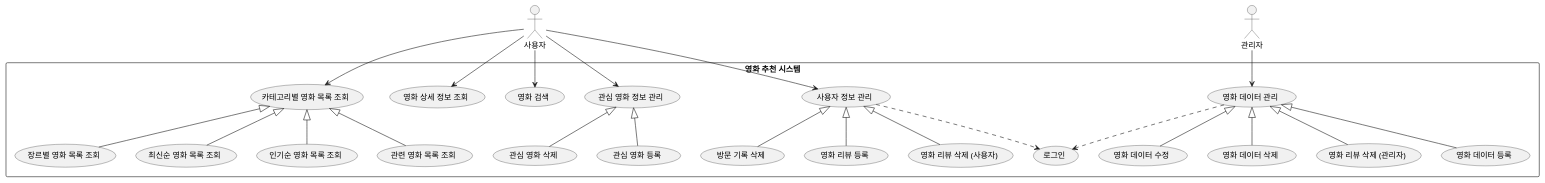
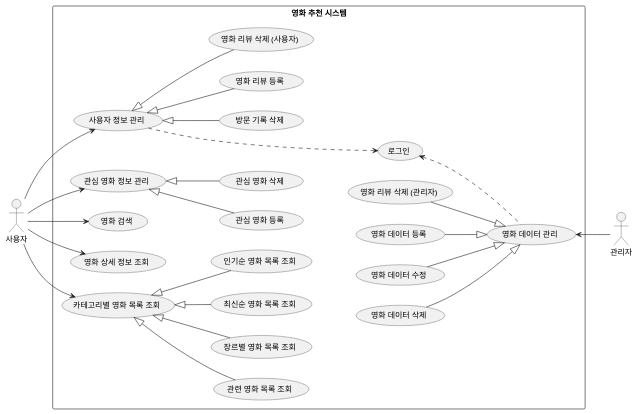
Before and after one commit to marmot8080/SWE: the diagram in src/useCase.puml, drawn with PlantUML.

Commit message:
update/ Modify usecase diagram
Modify arrow direction in use case diagram

```diff
--- a/src/useCase.puml
+++ b/src/useCase.puml
@@ -1,55 +1,56 @@
 @startuml
 
+left to right direction
 actor "사용자" as user
 actor "관리자" as admin
 
 rectangle "영화 추천 시스템" as MR {
     usecase "로그인" as UC01
     usecase "사용자 정보 관리" as UC02
     usecase "방문 기록 삭제" as UC03
     usecase "영화 리뷰 등록" as UC04
     usecase "영화 리뷰 삭제 (사용자)" as UC05
     usecase "관심 영화 정보 관리" as UC06
     usecase "관심 영화 등록" as UC07
     usecase "관심 영화 삭제" as UC08
     usecase "영화 검색" as UC09
     usecase "영화 상세 정보 조회" as UC10
     usecase "카테고리별 영화 목록 조회" as UC11
     usecase "관련 영화 목록 조회" as UC12
     usecase "장르별 영화 목록 조회" as UC13
     usecase "최신순 영화 목록 조회" as UC14
     usecase "인기순 영화 목록 조회" as UC15
 
     usecase "영화 데이터 관리" as UC16
     usecase "영화 리뷰 삭제 (관리자)" as UC17
     usecase "영화 데이터 등록" as UC18
     usecase "영화 데이터 수정" as UC19
     usecase "영화 데이터 삭제" as UC20
 }
 
 ' 사용자와 연관된 유즈케이스
 user --> UC02
-UC02 ..> UC01
+UC02 ...> UC01
 UC02 <|-- UC03
 UC02 <|-- UC04
 UC02 <|-- UC05
 user --> UC06
 UC06 <|-- UC07
 UC06 <|-- UC08
 user --> UC09
 user --> UC10
 user --> UC11
 UC11 <|-- UC12
 UC11 <|-- UC13
 UC11 <|-- UC14
-UC11 <|-- UC15
+UC11 <|--UC15
 
 ' 관리자와 연관된 유즈케이스
-admin --> UC16
-UC16 ..> UC01
-UC16 <|-- UC17
-UC16 <|-- UC18
-UC16 <|-- UC19
-UC16 <|-- UC20
+UC16 <-- admin
+UC01 <.. UC16
+UC17 --|> UC16
+UC18 --|> UC16
+UC19 --|> UC16
+UC20 --|> UC16
 
 @enduml
```
